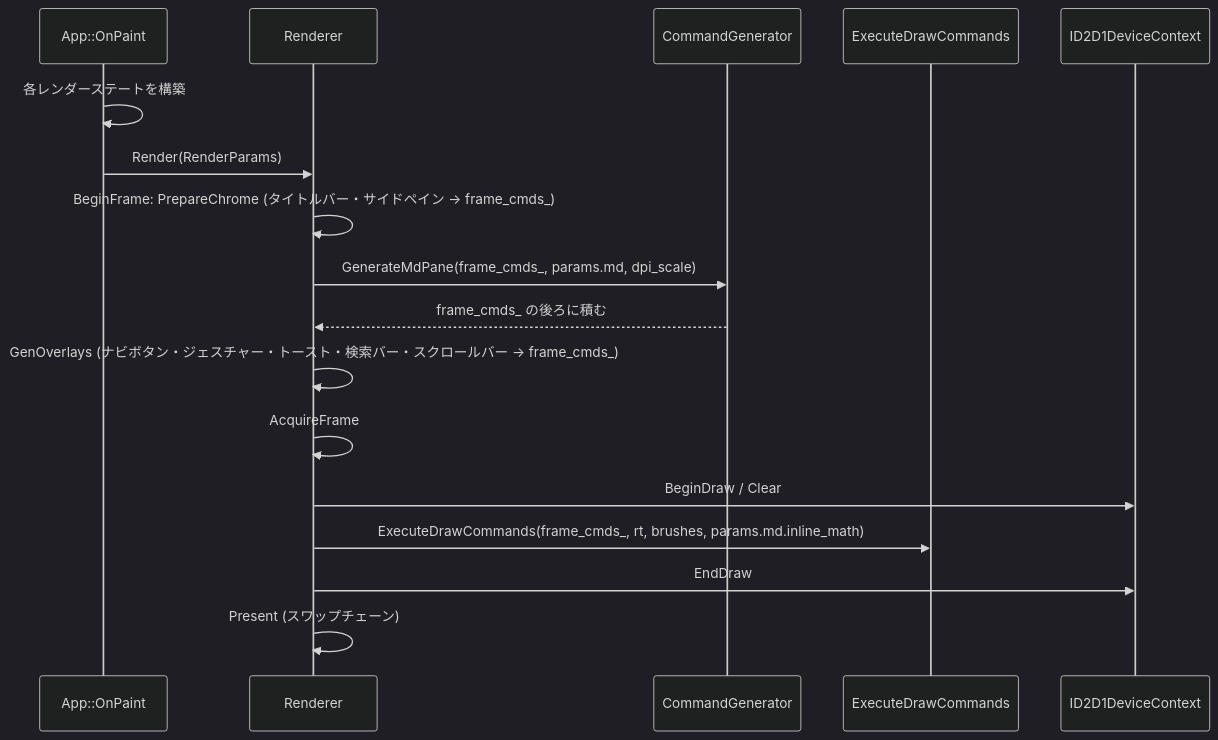
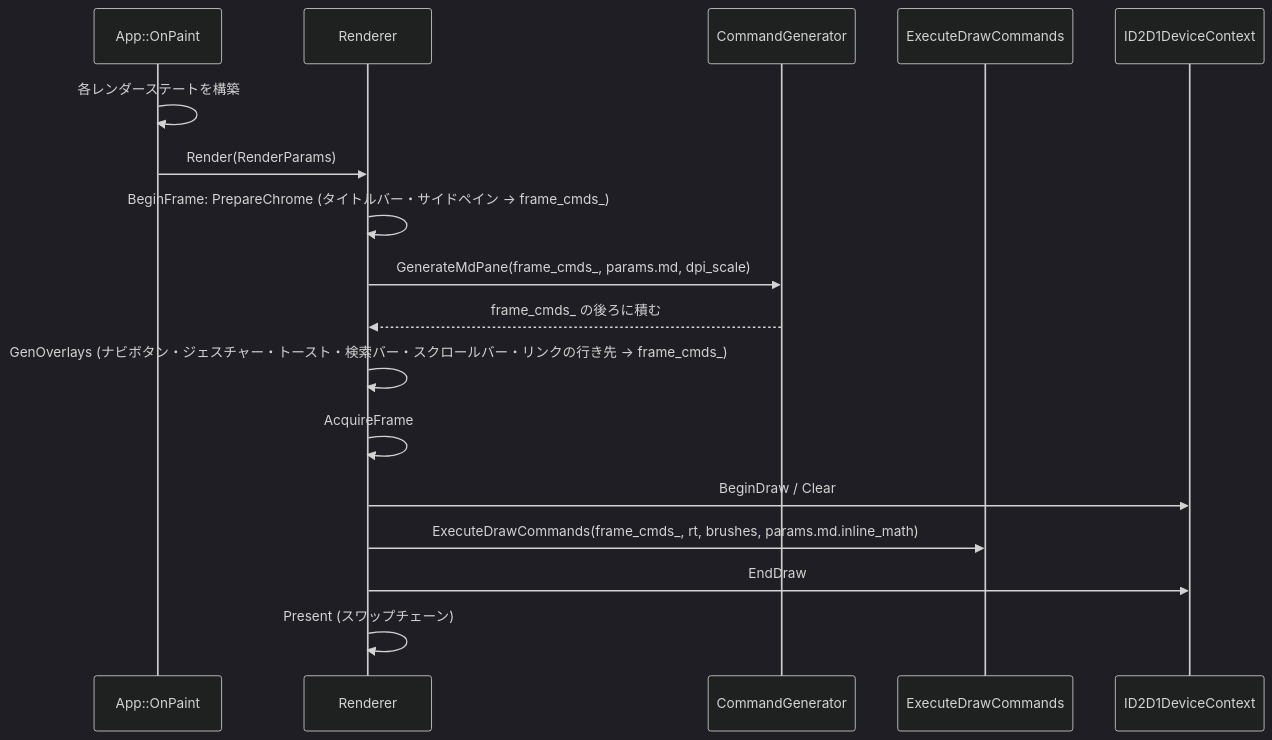
Before and after one commit to tanaton/mendo: the fifth of 27 diagrams in example/test.md, drawn with Mermaid (dark theme). The commit also changed other lines of this file and 24 other files, not shown here.

````diff
--- a/example/test.md
+++ b/example/test.md
@@ -766,20 +768,20 @@
 ```mermaid
 sequenceDiagram
     participant APP as App::OnPaint
     participant R as Renderer
     participant CG as CommandGenerator
     participant CE as ExecuteDrawCommands
     participant RT as ID2D1DeviceContext
 
     APP->>APP: 各レンダーステートを構築
     APP->>R: Render(RenderParams)
     R->>R: BeginFrame: PrepareChrome (タイトルバー・サイドペイン → frame_cmds_)
     R->>CG: GenerateMdPane(frame_cmds_, params.md, dpi_scale)
     CG-->>R: frame_cmds_ の後ろに積む
-    R->>R: GenOverlays (ナビボタン・ジェスチャー・トースト・検索バー・スクロールバー → frame_cmds_)
+    R->>R: GenOverlays (ナビボタン・ジェスチャー・トースト・検索バー・スクロールバー・リンクの行き先 → frame_cmds_)
     R->>R: AcquireFrame
     R->>RT: BeginDraw / Clear
     R->>CE: ExecuteDrawCommands(frame_cmds_, rt, brushes, params.md.inline_math)
     R->>RT: EndDraw
     R->>R: Present (スワップチェーン)
 ```
````
